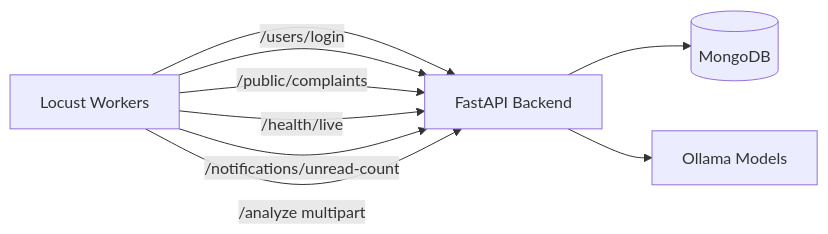
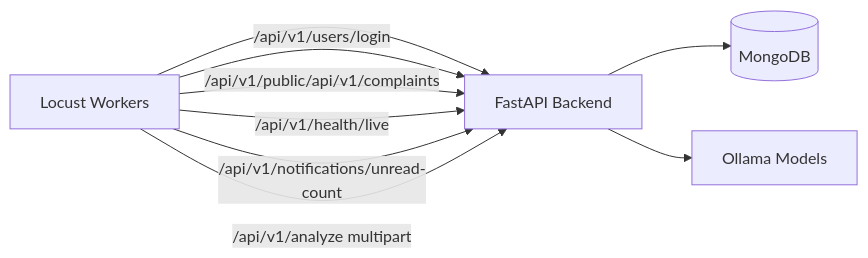
One commit to ark5234/Jan-Sunwai-AI changed the first of 2 diagrams in docs/LOAD_TESTING.md. Above: the diagram before and after it, drawn with Mermaid. The commit also changed other lines of this file and 21 other files, not shown here.

First line of the commit message:
Update LaTeX documents and add detailed diagrams for System Architecture and Design

````diff
--- a/docs/LOAD_TESTING.md
+++ b/docs/LOAD_TESTING.md
@@ -16,12 +16,12 @@
 ```mermaid
 flowchart LR
     Locust[Locust Workers] --> API[FastAPI Backend]
     API --> Mongo[(MongoDB)]
     API --> Ollama[Ollama Models]
 
-    Locust -->|/users/login| API
-    Locust -->|/public/complaints| API
-    Locust -->|/health/live| API
-    Locust -->|/notifications/unread-count| API
-    Locust -->|/analyze multipart| API
+    Locust -->|/api/v1/users/login| API
+    Locust -->|/api/v1/public/api/v1/complaints| API
+    Locust -->|/api/v1/health/live| API
+    Locust -->|/api/v1/notifications/unread-count| API
+    Locust -->|/api/v1/analyze multipart| API
 ```
````
